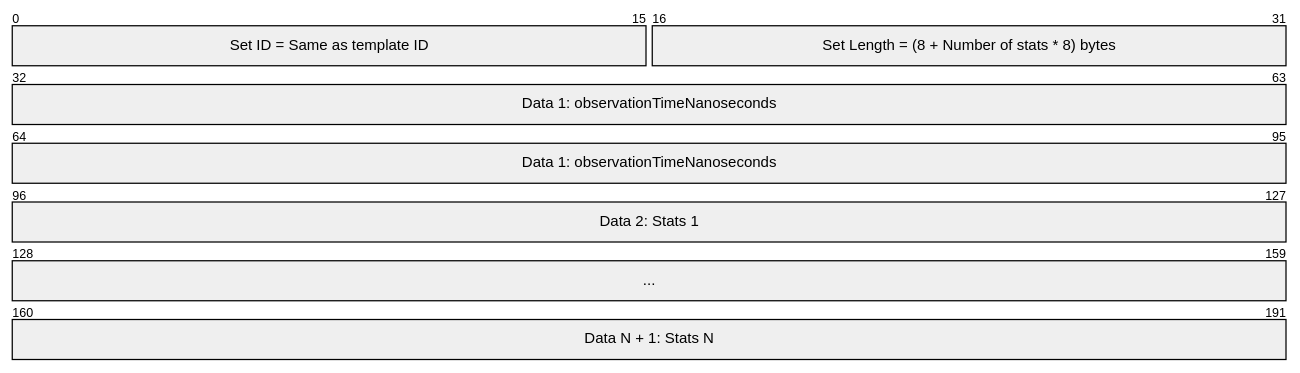
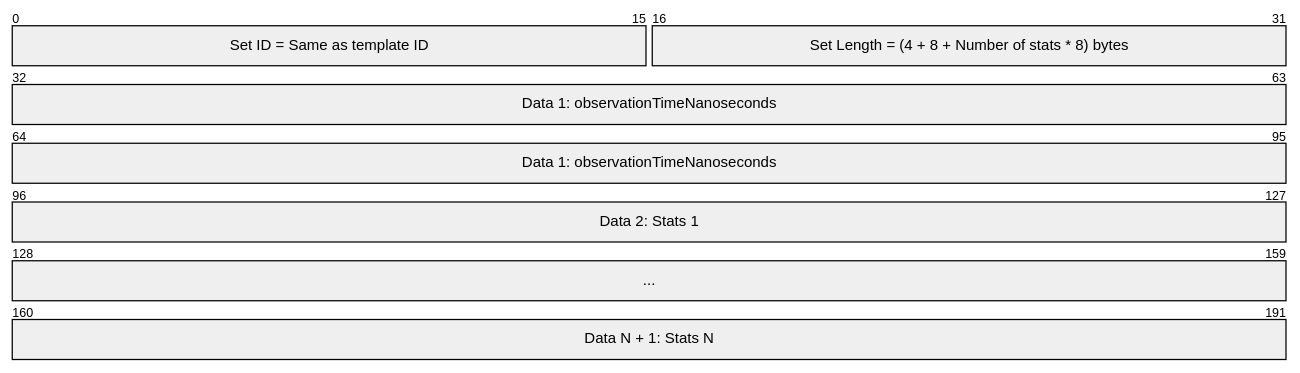
The sixth of 10 diagrams in doc/stream-telemetry/stream-telemetry-hld.md (sonic-net/SONiC), drawn with Mermaid before and after one commit. The commit also changed other lines of this file, not shown here.

````diff
--- a/doc/stream-telemetry/stream-telemetry-hld.md
+++ b/doc/stream-telemetry/stream-telemetry-hld.md
@@ -282,13 +291,13 @@
 ``` mermaid
 
 ---
 title: A snapshot of IPFIX data
 ---
 packet-beta
 0-15: "Set ID = Same as template ID"
-16-31: "Set Length = (8 + Number of stats * 8) bytes"
+16-31: "Set Length = (4 + 8 + Number of stats * 8) bytes"
 32-95: "Data 1: observationTimeNanoseconds"
 96-127: "Data 2: Stats 1"
 128-159: "..."
 160-191: "Data N + 1: Stats N"
 ```
````
